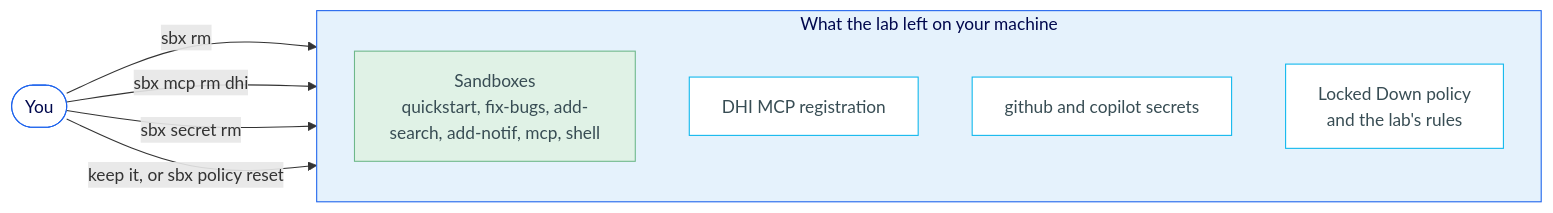
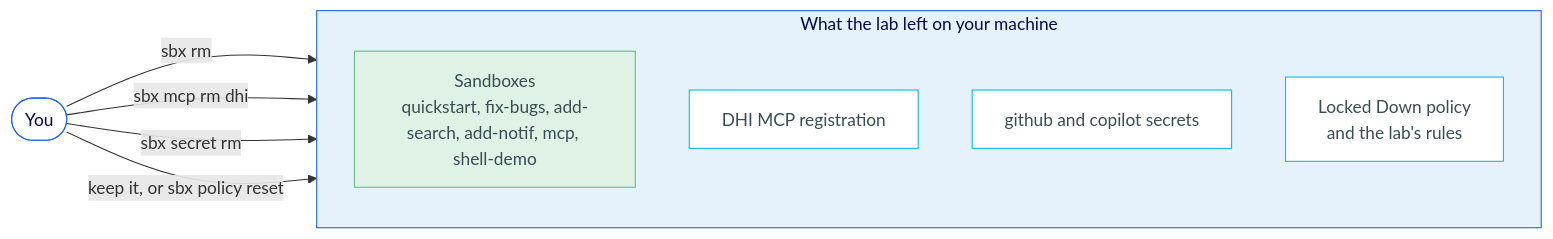
One commit to ajeetraina/sbx-lab changed the diagram in instructions/11-wrap-up.md. Above: the diagram before and after it, drawn with Mermaid. The commit also changed other lines of this file and 11 other files, not shown here.

````diff
--- a/instructions/11-wrap-up.md
+++ b/instructions/11-wrap-up.md
@@ -17,29 +17,29 @@
 ```mermaid
 graph LR
     You(["You"])
 
     subgraph Lab["What the lab left on your machine"]
         direction TB
-        Sandboxes["Sandboxes<br/>quickstart, fix-bugs, add-search, add-notif, mcp, shell"]
+        Sandboxes["Sandboxes<br/>quickstart, fix-bugs, add-search, add-notif, mcp, shell-demo"]
         McpRegistration["DHI MCP registration"]
         Secrets["github and copilot secrets"]
         Policy["Locked Down policy<br/>and the lab's rules"]
     end
 
     You -->|sbx rm| Sandboxes
     You -->|sbx mcp rm dhi| McpRegistration
     You -->|sbx secret rm| Secrets
     You -->|"keep it, or sbx policy reset"| Policy
 
     %% Styles — containers
     style Lab fill:#E5F2FC,stroke:#1D63ED,color:#00084D
 
     %% Styles — leftover nodes
     style Sandboxes fill:#e0f2e6,stroke:#6db88a,color:#384D54
     style McpRegistration fill:#fff,stroke:#0DB7ED,color:#384D54
     style Secrets fill:#fff,stroke:#0DB7ED,color:#384D54
     style Policy fill:#fff,stroke:#0DB7ED,color:#384D54
 
     %% Styles — actor
     style You fill:#fff,stroke:#1D63ED,color:#00084D
 ```
````
